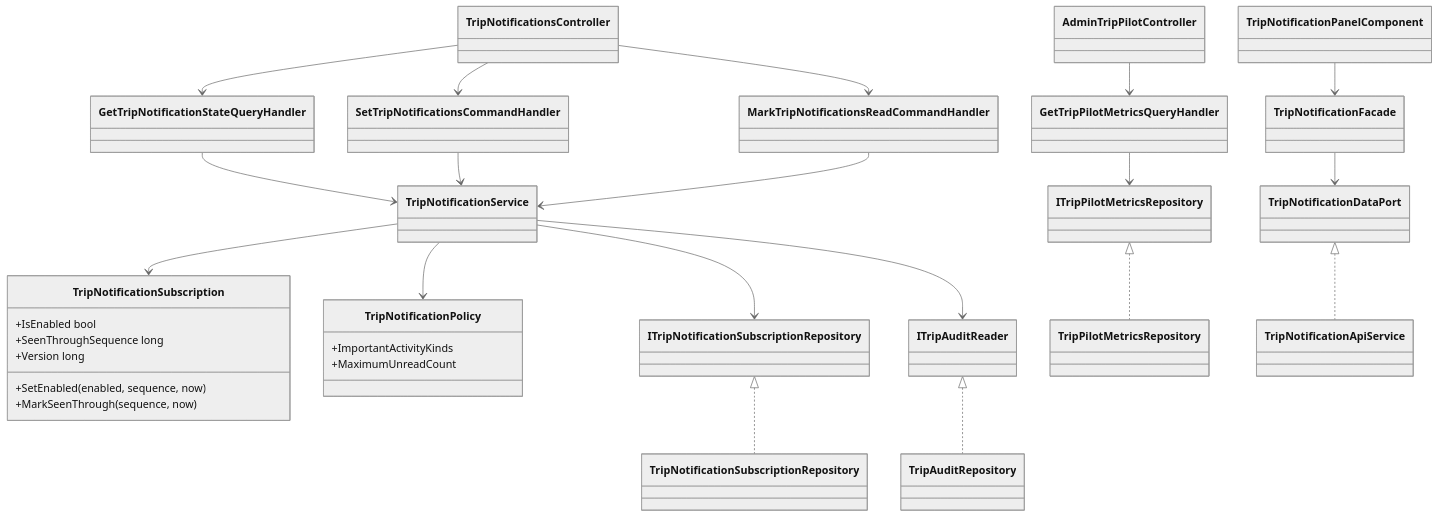
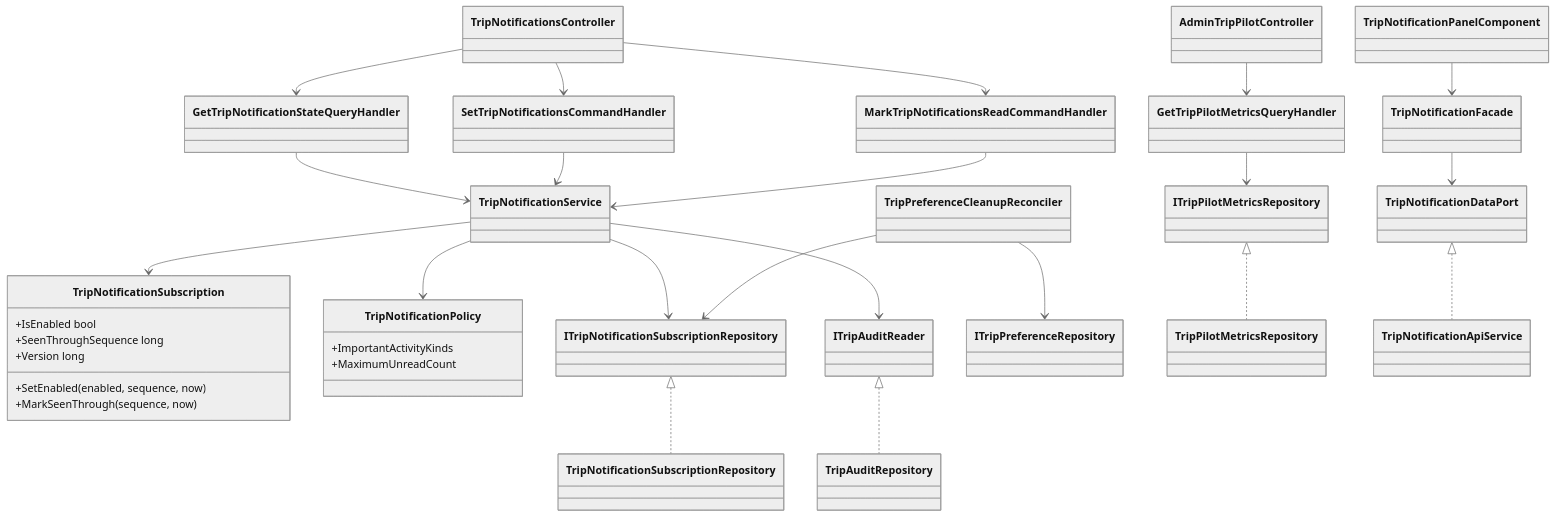
One commit to Ced59/AmusementParkProject changed the second of 3 diagrams in docs/architecture/product-growth-trip-13-collaborative-pilot-2026-09-25.md. Above: the diagram before and after it, drawn with Mermaid (neutral theme). The commit also changed other lines of this file and 9 other files, not shown here.

````diff
--- a/docs/architecture/product-growth-trip-13-collaborative-pilot-2026-09-25.md
+++ b/docs/architecture/product-growth-trip-13-collaborative-pilot-2026-09-25.md
@@ -154,50 +160,54 @@
 ```mermaid
 classDiagram
     class TripNotificationsController
     class GetTripNotificationStateQueryHandler
     class SetTripNotificationsCommandHandler
     class MarkTripNotificationsReadCommandHandler
     class TripNotificationService
     class TripNotificationSubscription {
       +IsEnabled bool
       +SeenThroughSequence long
       +Version long
       +SetEnabled(enabled, sequence, now)
       +MarkSeenThrough(sequence, now)
     }
     class TripNotificationPolicy {
       +ImportantActivityKinds
       +MaximumUnreadCount
     }
     class ITripNotificationSubscriptionRepository
     class ITripAuditReader
     class TripNotificationSubscriptionRepository
     class TripAuditRepository
+    class TripPreferenceCleanupReconciler
+    class ITripPreferenceRepository
     class GetTripPilotMetricsQueryHandler
     class ITripPilotMetricsRepository
     class TripPilotMetricsRepository
     class AdminTripPilotController
     class TripNotificationPanelComponent
     class TripNotificationFacade
     class TripNotificationDataPort
     class TripNotificationApiService
 
     TripNotificationsController --> GetTripNotificationStateQueryHandler
     TripNotificationsController --> SetTripNotificationsCommandHandler
     TripNotificationsController --> MarkTripNotificationsReadCommandHandler
     GetTripNotificationStateQueryHandler --> TripNotificationService
     SetTripNotificationsCommandHandler --> TripNotificationService
     MarkTripNotificationsReadCommandHandler --> TripNotificationService
     TripNotificationService --> TripNotificationSubscription
     TripNotificationService --> TripNotificationPolicy
     TripNotificationService --> ITripNotificationSubscriptionRepository
     TripNotificationService --> ITripAuditReader
     ITripNotificationSubscriptionRepository <|.. TripNotificationSubscriptionRepository
     ITripAuditReader <|.. TripAuditRepository
+    TripPreferenceCleanupReconciler --> ITripPreferenceRepository
+    TripPreferenceCleanupReconciler --> ITripNotificationSubscriptionRepository
     AdminTripPilotController --> GetTripPilotMetricsQueryHandler
     GetTripPilotMetricsQueryHandler --> ITripPilotMetricsRepository
     ITripPilotMetricsRepository <|.. TripPilotMetricsRepository
     TripNotificationPanelComponent --> TripNotificationFacade
     TripNotificationFacade --> TripNotificationDataPort
     TripNotificationDataPort <|.. TripNotificationApiService
 ```
````
